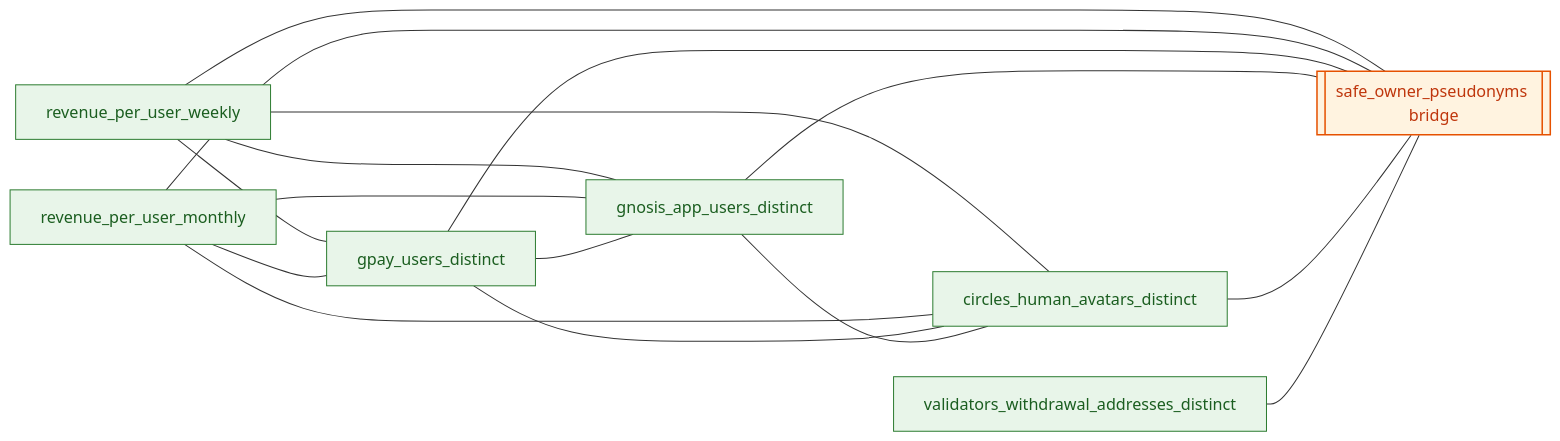
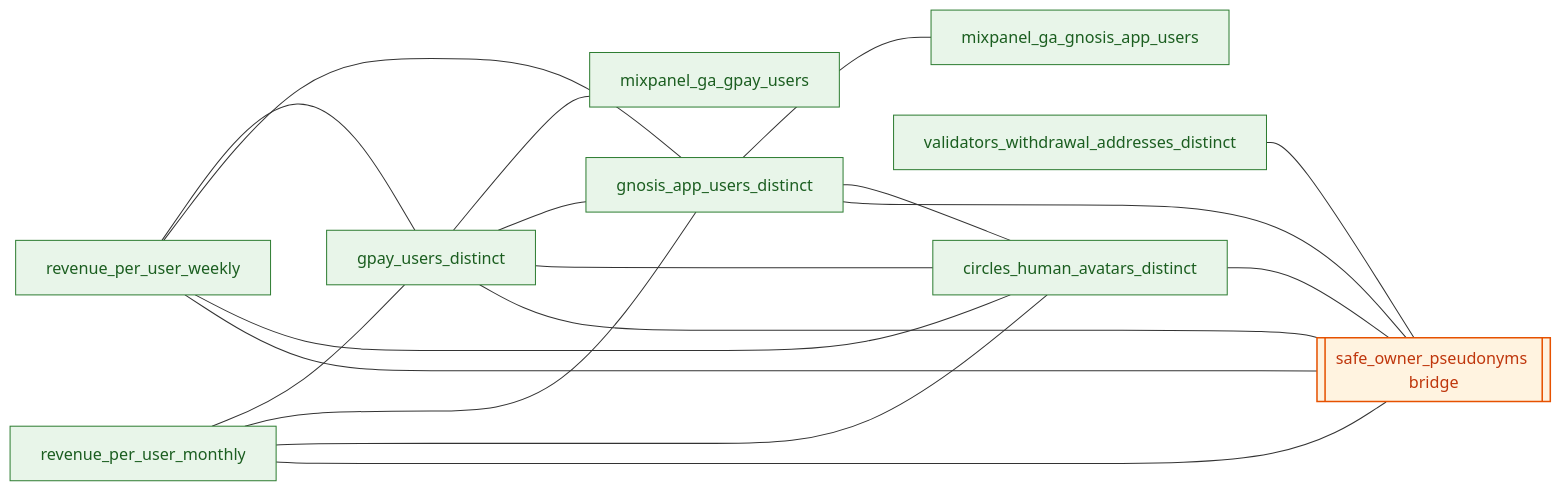
The diagram in docs/data-pipeline/transformation/semantic-layer/user-pseudonym-graph.md (gnosischain/cerebro-docs), drawn with Mermaid before and after one commit. The commit also changed other lines of this file and 85 other files, not shown here.

````diff
--- a/docs/data-pipeline/transformation/semantic-layer/user-pseudonym-graph.md
+++ b/docs/data-pipeline/transformation/semantic-layer/user-pseudonym-graph.md
@@ -34,32 +36,37 @@
 ```mermaid
 flowchart LR
     revenue_w[revenue_per_user_weekly]
     revenue_m[revenue_per_user_monthly]
     gpay[gpay_users_distinct]
     gnosis_app[gnosis_app_users_distinct]
     circles[circles_human_avatars_distinct]
     validator[validators_withdrawal_addresses_distinct]
+    mixpanel_app[mixpanel_ga_gnosis_app_users]
+    mixpanel_gpay[mixpanel_ga_gpay_users]
     bridge[[safe_owner_pseudonyms bridge]]
+
+    gnosis_app --- mixpanel_app
+    gpay --- mixpanel_gpay
 
     revenue_w --- gpay
     revenue_m --- gpay
     revenue_w --- gnosis_app
     revenue_m --- gnosis_app
     revenue_w --- circles
     revenue_m --- circles
     gpay --- gnosis_app
     gpay --- circles
     gnosis_app --- circles
 
     revenue_w --- bridge
     revenue_m --- bridge
     gpay --- bridge
     gnosis_app --- bridge
     circles --- bridge
     validator --- bridge
 
     classDef u fill:#e8f5e9,stroke:#2e7d32,stroke-width:1px,color:#1b5e20;
     classDef b fill:#fff3e0,stroke:#e65100,stroke-width:1.5px,color:#bf360c;
-    class revenue_w,revenue_m,gpay,gnosis_app,circles,validator u;
+    class revenue_w,revenue_m,gpay,gnosis_app,circles,validator,mixpanel_app,mixpanel_gpay u;
     class bridge b;
 ```
````
